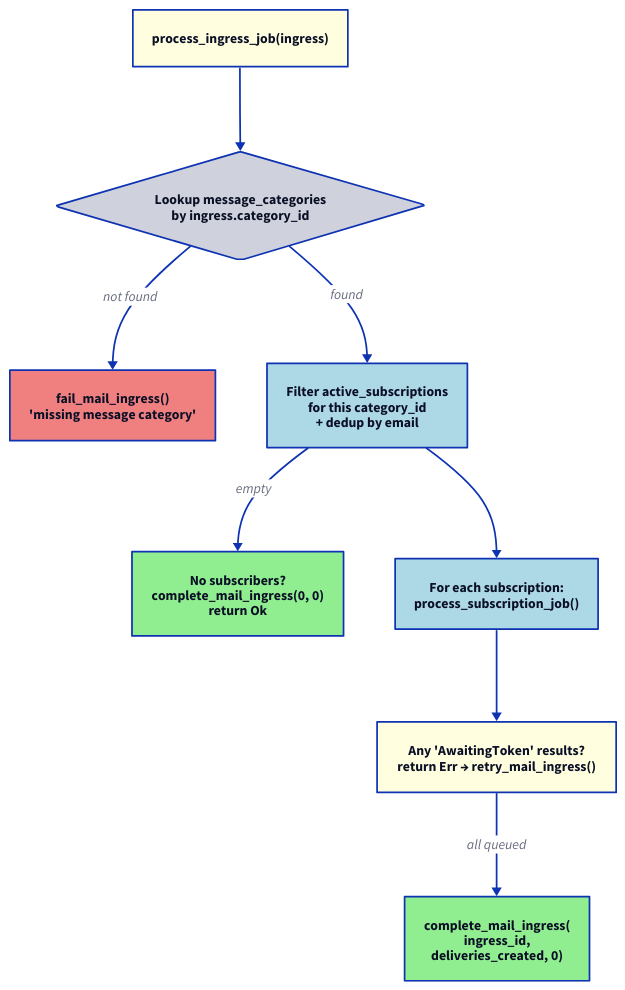
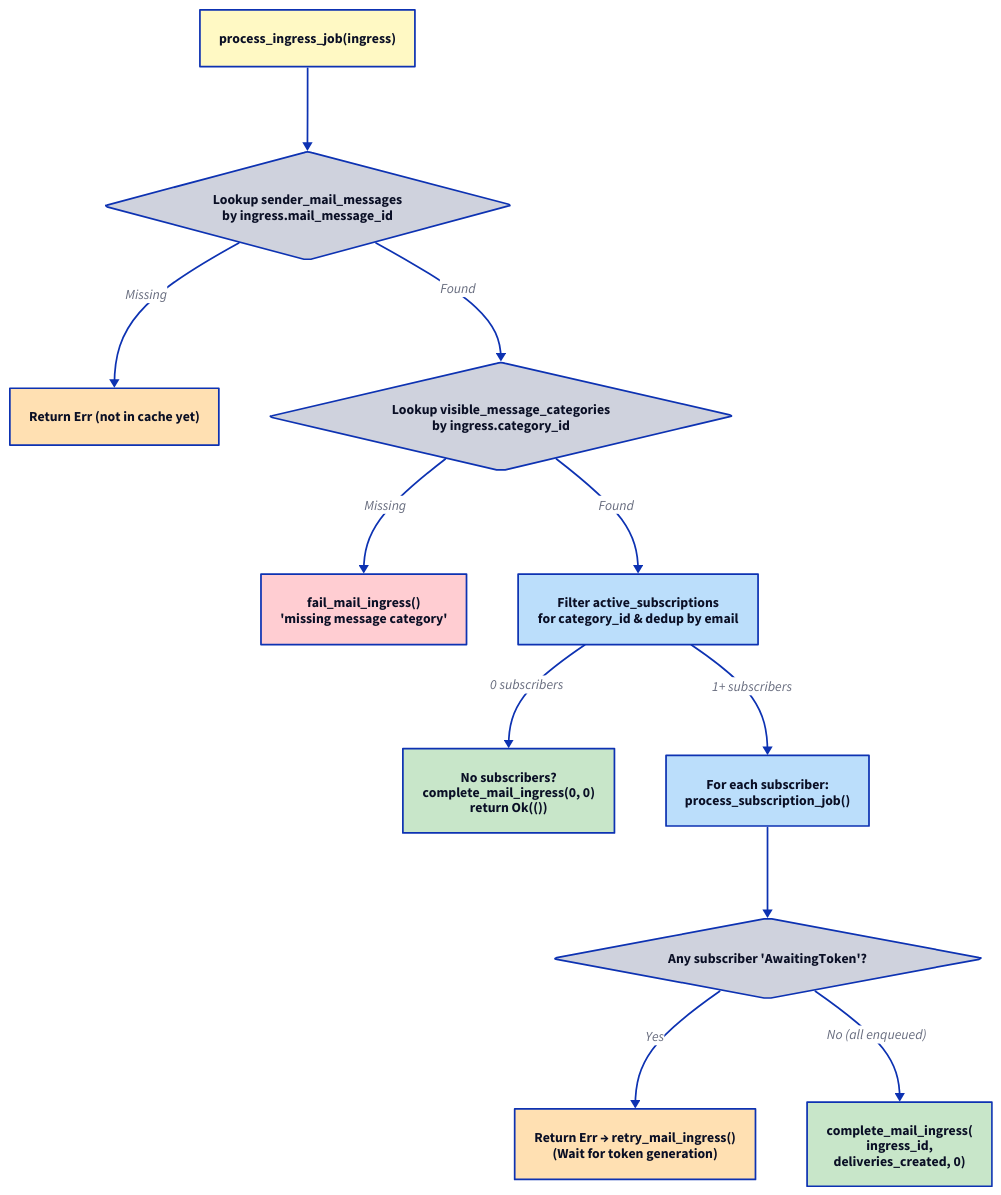
Before and after one commit to enaut/kommunikationszentrum: the diagram in docs/src/core/sender/control-flow-ingress-job.d2, drawn with D2. The commit also changed 18 other files, not shown here.

```diff
--- a/docs/src/core/sender/control-flow-ingress-job.d2
+++ b/docs/src/core/sender/control-flow-ingress-job.d2
@@ -1,18 +1,27 @@
 direction: down
 
-start: "process_ingress_job(ingress)" { style.fill: lightyellow }
-cat: "Lookup message_categories\nby ingress.category_id" { shape: diamond }
-fail: "fail_mail_ingress()\n'missing message category'" { style.fill: lightcoral }
-subs: "Filter active_subscriptions\nfor this category_id\n+ dedup by email" { style.fill: lightblue }
-empty: "No subscribers?\ncomplete_mail_ingress(0, 0)\nreturn Ok" { style.fill: lightgreen }
-loop_: "For each subscription:\nprocess_subscription_job()" { style.fill: lightblue }
-token: "Any 'AwaitingToken' results?\nreturn Err → retry_mail_ingress()" { style.fill: lightyellow }
-done: "complete_mail_ingress(\ningress_id,\ndeliveries_created, 0)" { style.fill: lightgreen }
+start: "process_ingress_job(ingress)" { style.fill: "#fff9c4" }
+msg: "Lookup sender_mail_messages\nby ingress.mail_message_id" { shape: diamond }
+msg_err: "Return Err (not in cache yet)" { style.fill: "#ffe0b2" }
 
-start -> cat
-cat -> fail: "not found"
-cat -> subs: "found"
-subs -> empty: "empty"
-subs -> loop_
+cat: "Lookup visible_message_categories\nby ingress.category_id" { shape: diamond }
+fail: "fail_mail_ingress()\n'missing message category'" { style.fill: "#ffcdd2" }
+
+subs: "Filter active_subscriptions\nfor category_id & dedup by email" { style.fill: "#bbdefb" }
+empty: "No subscribers?\ncomplete_mail_ingress(0, 0)\nreturn Ok(())" { style.fill: "#c8e6c9" }
+
+loop_: "For each subscriber:\nprocess_subscription_job()" { style.fill: "#bbdefb" }
+token: "Any subscriber 'AwaitingToken'?" { shape: diamond }
+token_err: "Return Err → retry_mail_ingress()\n(Wait for token generation)" { style.fill: "#ffe0b2" }
+done: "complete_mail_ingress(\ningress_id,\ndeliveries_created, 0)" { style.fill: "#c8e6c9" }
+
+start -> msg
+msg -> msg_err: "Missing"
+msg -> cat: "Found"
+cat -> fail: "Missing"
+cat -> subs: "Found"
+subs -> empty: "0 subscribers"
+subs -> loop_: "1+ subscribers"
 loop_ -> token
-token -> done: "all queued"
+token -> token_err: "Yes"
+token -> done: "No (all enqueued)"
```
